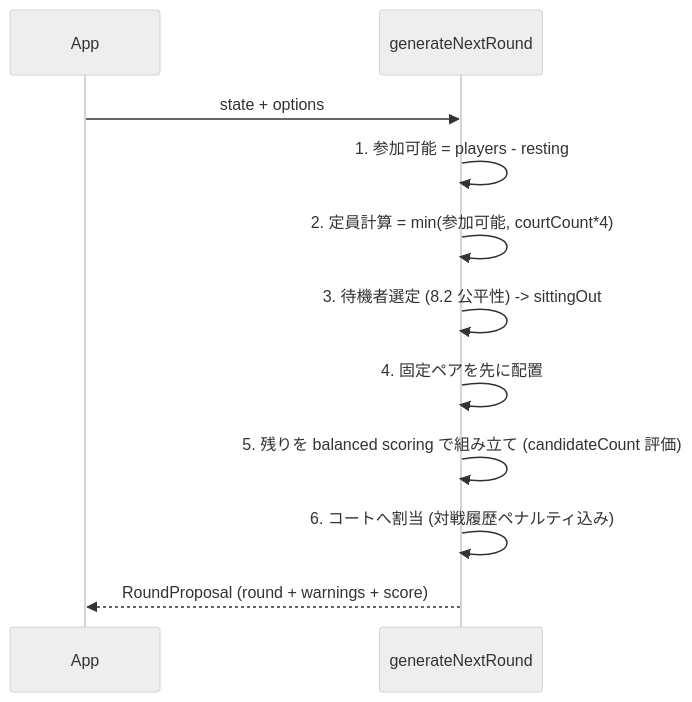
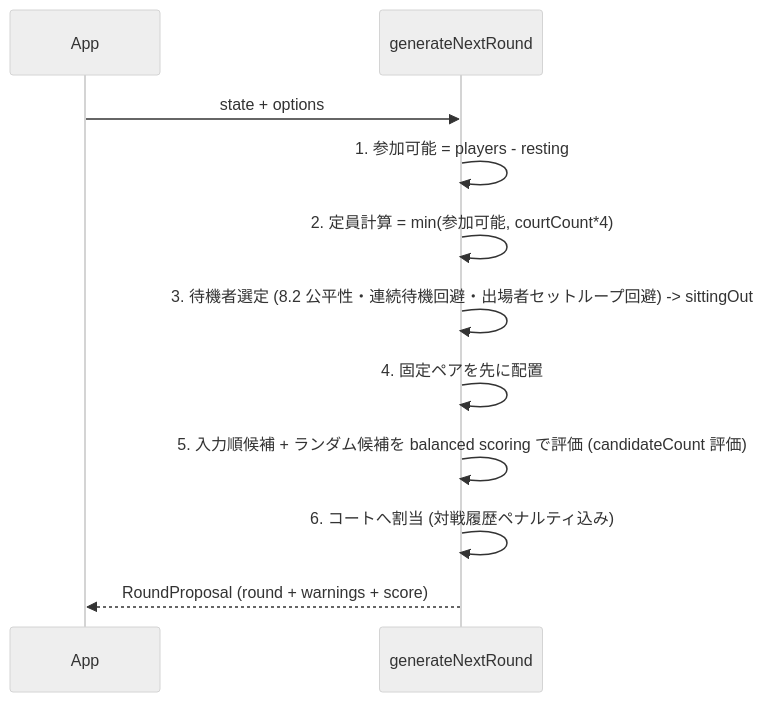
One commit to KM0912/doubles-scheduler changed the second of 3 diagrams in docs/SPEC.md. Above: the diagram before and after it, drawn with Mermaid (neutral theme). The commit also changed other lines of this file and 6 other files, not shown here.

````diff
--- a/docs/SPEC.md
+++ b/docs/SPEC.md
@@ -449,13 +465,13 @@
 ```mermaid
 sequenceDiagram
   participant App as App
   participant Gen as generateNextRound
   App->>Gen: state + options
   Gen->>Gen: 1. 参加可能 = players - resting
   Gen->>Gen: 2. 定員計算 = min(参加可能, courtCount*4)
-  Gen->>Gen: 3. 待機者選定 (8.2 公平性) -> sittingOut
+  Gen->>Gen: 3. 待機者選定 (8.2 公平性・連続待機回避・出場者セットループ回避) -> sittingOut
   Gen->>Gen: 4. 固定ペアを先に配置
-  Gen->>Gen: 5. 残りを balanced scoring で組み立て (candidateCount 評価)
+  Gen->>Gen: 5. 入力順候補 + ランダム候補を balanced scoring で評価 (candidateCount 評価)
   Gen->>Gen: 6. コートへ割当 (対戦履歴ペナルティ込み)
   Gen-->>App: RoundProposal (round + warnings + score)
 ```
````
